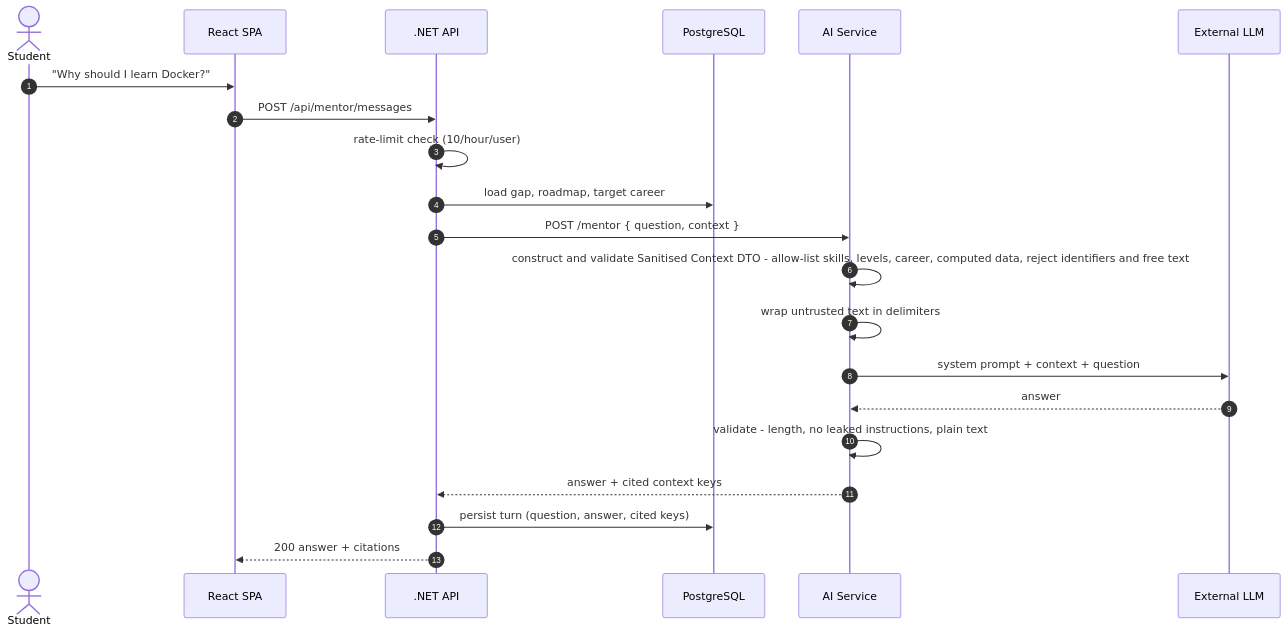
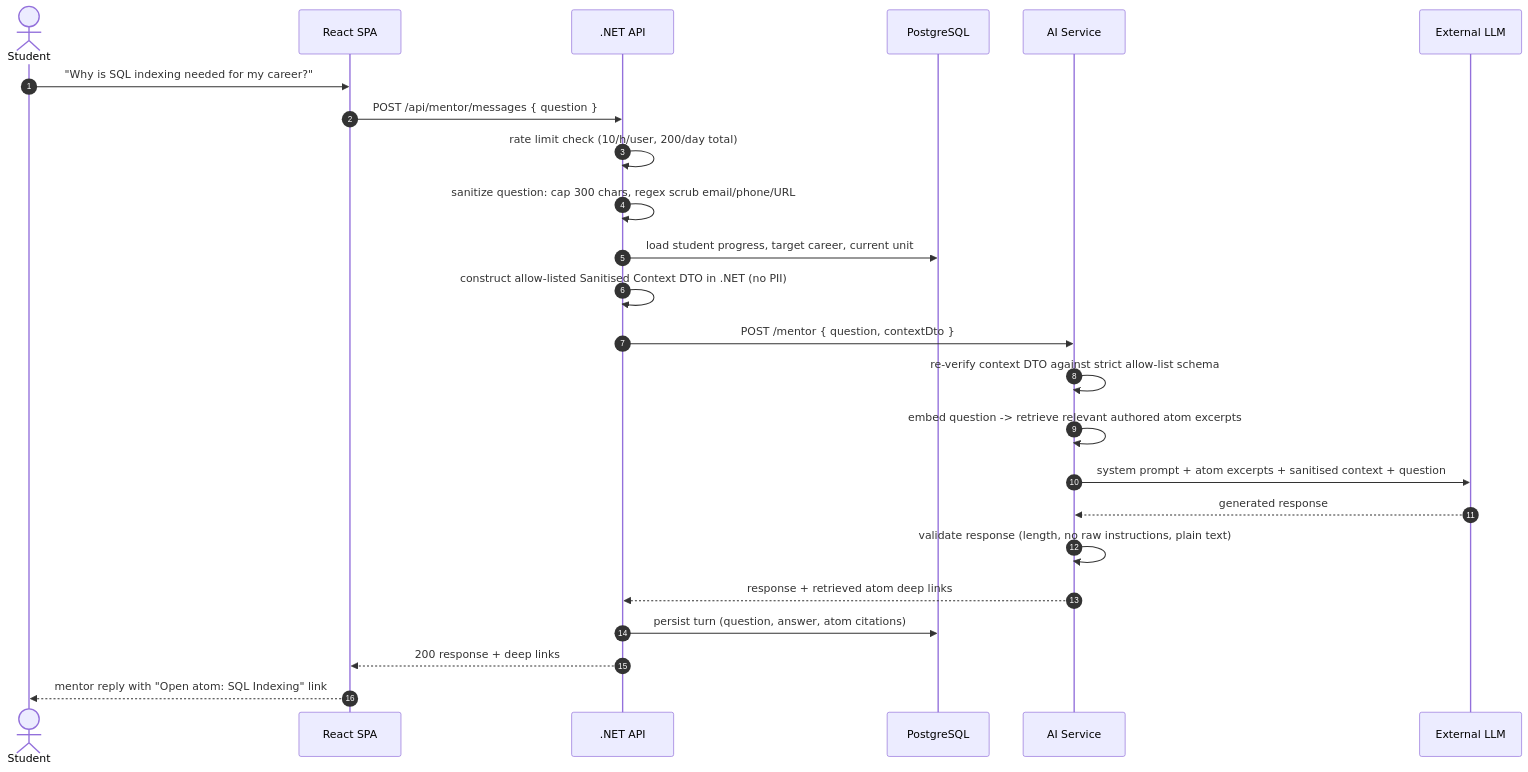
One commit to Masar-SCU/Masar changed the seventh of 8 diagrams in docs/03-architecture.md. Above: the diagram before and after it, drawn with Mermaid. The commit also changed other lines of this file and 26 other files, not shown here.

First line of the commit message:
docs: master specification revision for atomic roadmap and defect fixes

````diff
--- a/docs/03-architecture.md
+++ b/docs/03-architecture.md
@@ -344,24 +315,27 @@
 ```mermaid
 sequenceDiagram
     autonumber
     actor S as Student
     participant W as React SPA
     participant A as .NET API
     participant DB as PostgreSQL
     participant AI as AI Service
-    participant L as External LLM
+    participant LLM as External LLM
 
-    S->>W: "Why should I learn Docker?"
-    W->>A: POST /api/mentor/messages
-    A->>A: rate-limit check (10/hour/user)
-    A->>DB: load gap, roadmap, target career
-    A->>AI: POST /mentor  { question, context }
-    AI->>AI: construct and validate Sanitised Context DTO - allow-list skills, levels, career, computed data, reject identifiers and free text
-    AI->>AI: wrap untrusted text in delimiters
-    AI->>L: system prompt + context + question
-    L-->>AI: answer
-    AI->>AI: validate - length, no leaked instructions, plain text
-    AI-->>A: answer + cited context keys
-    A->>DB: persist turn (question, answer, cited keys)
-    A-->>W: 200  answer + citations
+    S->>W: "Why is SQL indexing needed for my career?"
+    W->>A: POST /api/mentor/messages { question }
+    A->>A: rate limit check (10/h/user, 200/day total)
+    A->>A: sanitize question: cap 300 chars, regex scrub email/phone/URL
+    A->>DB: load student progress, target career, current unit
+    A->>A: construct allow-listed Sanitised Context DTO in .NET (no PII)
+    A->>AI: POST /mentor { question, contextDto }
+    AI->>AI: re-verify context DTO against strict allow-list schema
+    AI->>AI: embed question -> retrieve relevant authored atom excerpts
+    AI->>LLM: system prompt + atom excerpts + sanitised context + question
+    LLM-->>AI: generated response
+    AI->>AI: validate response (length, no raw instructions, plain text)
+    AI-->>A: response + retrieved atom deep links
+    A->>DB: persist turn (question, answer, atom citations)
+    A-->>W: 200 response + deep links
+    W-->>S: mentor reply with "Open atom: SQL Indexing" link
 ```
````
